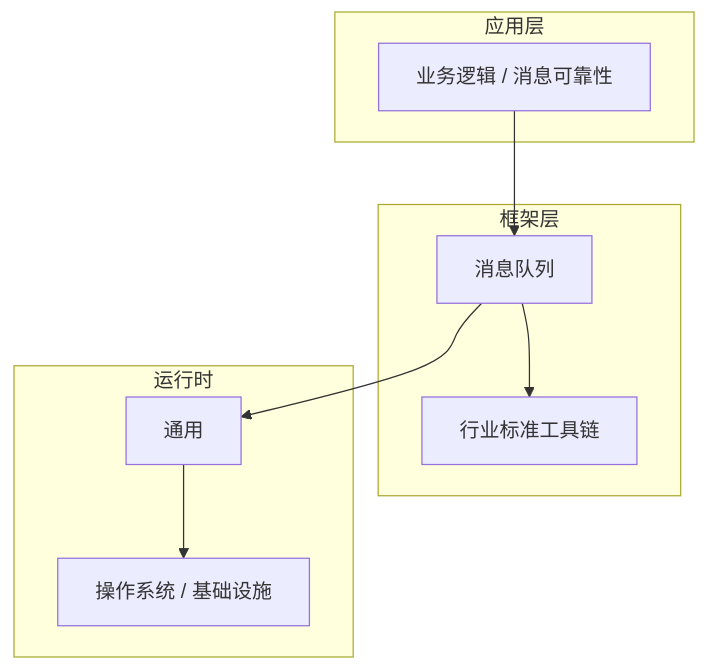
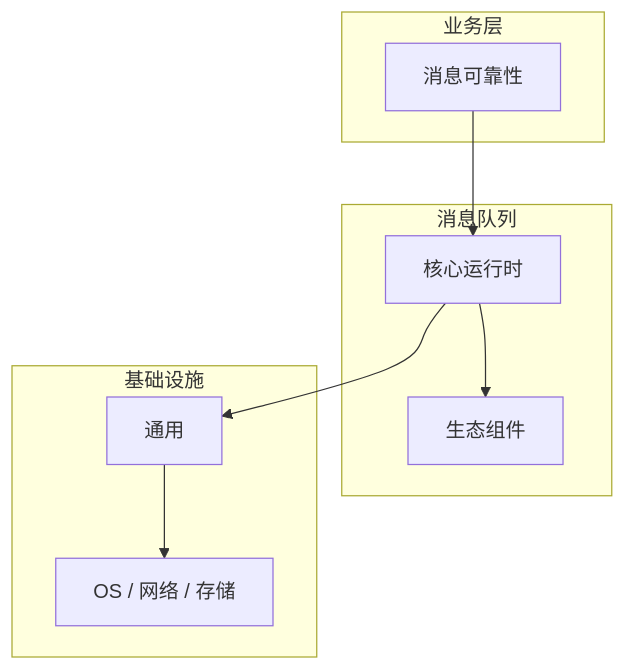
One commit to yanggan2015/knowledge-json-v2 changed the diagram in articles/消息队列/chapters/057-消息可靠性核心概念与原理.md. Above: the diagram before and after it, drawn with Mermaid. The commit also changed other lines of this file and 10127 other files, not shown here.

````diff
--- a/articles/消息队列/chapters/057-消息可靠性核心概念与原理.md
+++ b/articles/消息队列/chapters/057-消息可靠性核心概念与原理.md
@@ -45,18 +34,18 @@
 ```mermaid
 graph TB
-    subgraph 应用层
-        A[业务逻辑 / 消息可靠性]
+    subgraph 业务层
+        A[消息可靠性]
     end
-    subgraph 框架层
-        B[消息队列]
-        C[行业标准工具链]
+    subgraph 消息队列
+        B[核心运行时]
+        C[生态组件]
     end
-    subgraph 运行时
+    subgraph 基础设施
         D[通用]
-        E[操作系统 / 基础设施]
+        E[OS / 网络 / 存储]
     end
     A --> B
     B --> C
     B --> D
     D --> E
 ```
````
